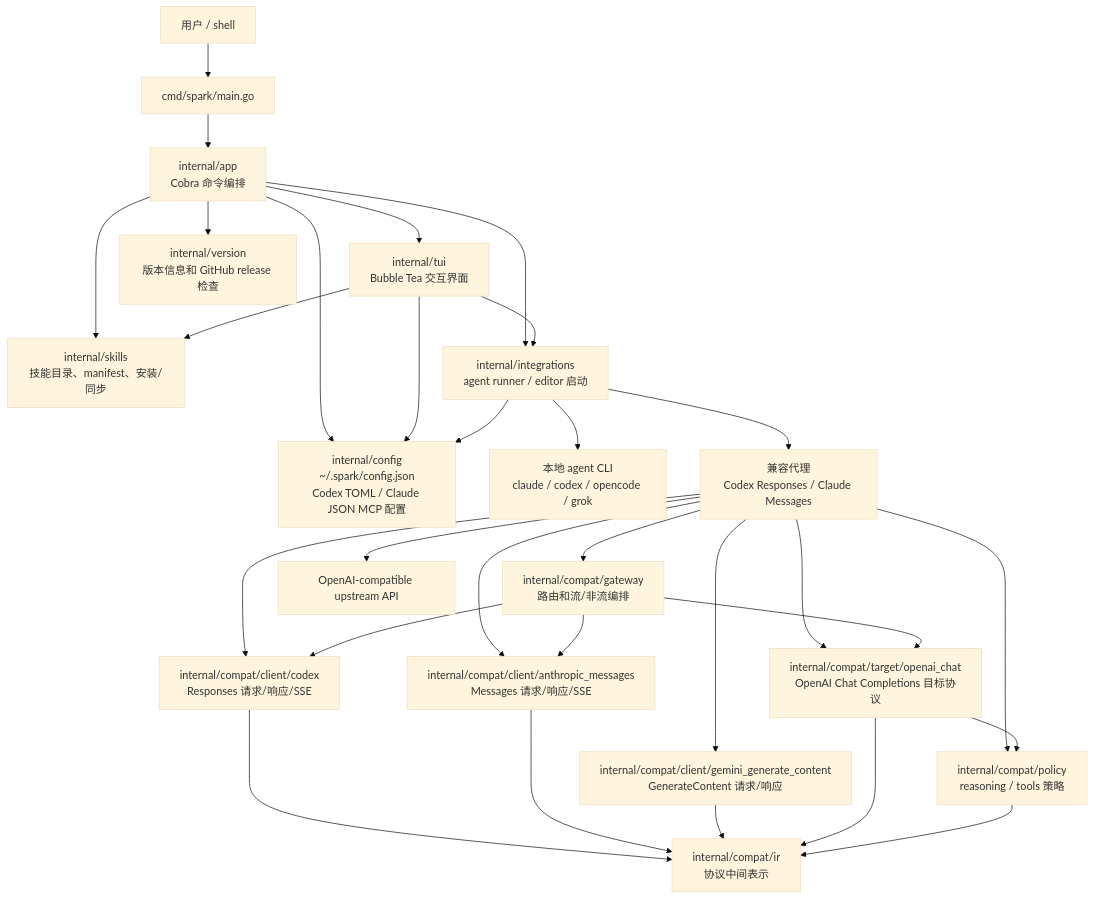
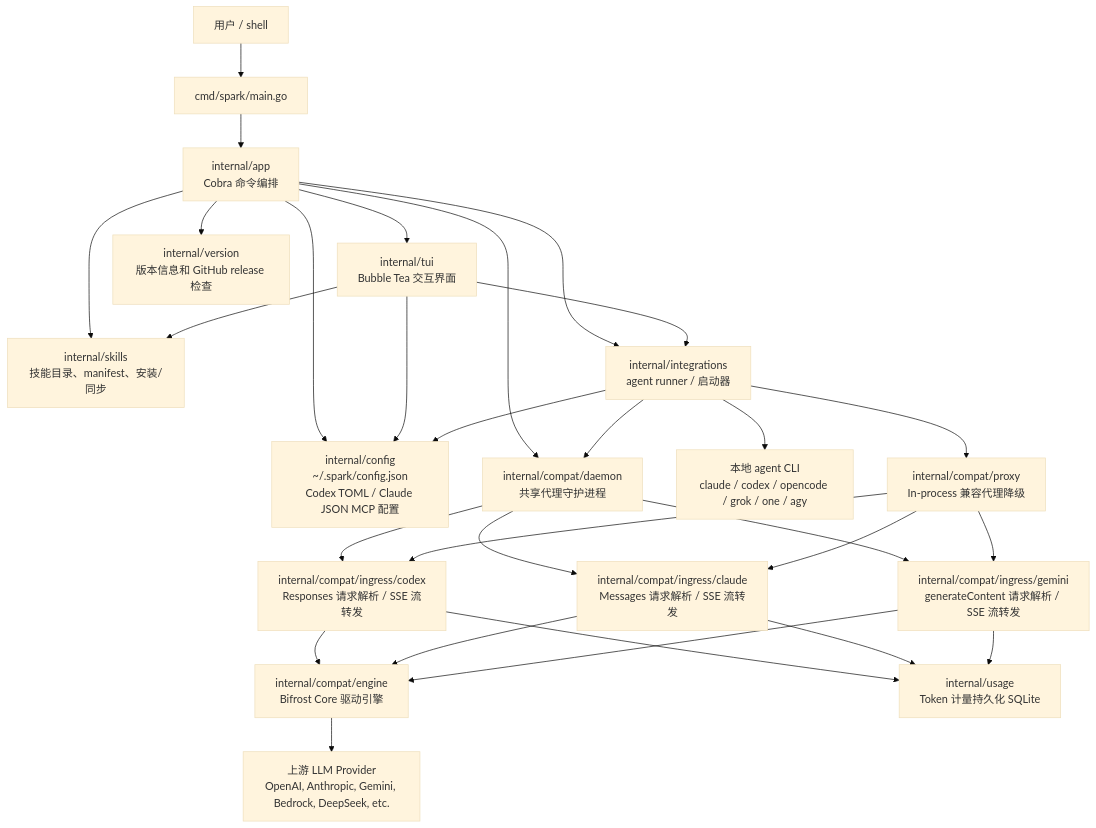
One commit to zhangsanfeng1094/spark changed the diagram in docs/internal-architecture.md. Above: the diagram before and after it, drawn with Mermaid (base theme). The commit also changed other lines of this file and 15 other files, not shown here.

````diff
--- a/docs/internal-architecture.md
+++ b/docs/internal-architecture.md
@@ -7,38 +7,38 @@
 ```mermaid
 flowchart TD
     User[用户 / shell] --> Main[cmd/spark/main.go]
     Main --> App[internal/app<br/>Cobra 命令编排]
 
     App --> TUI[internal/tui<br/>Bubble Tea 交互界面]
     App --> Config[internal/config<br/>~/.spark/config.json<br/>Codex TOML / Claude JSON MCP 配置]
     App --> Skills[internal/skills<br/>技能目录、manifest、安装/同步]
     App --> Version[internal/version<br/>版本信息和 GitHub release 检查]
-    App --> Integrations[internal/integrations<br/>agent runner / editor 启动]
+    App --> Integrations[internal/integrations<br/>agent runner / 启动器]
+    App --> Daemon[internal/compat/daemon<br/>共享代理守护进程]
 
     TUI --> Config
     TUI --> Integrations
     TUI --> Skills
 
     Integrations --> Config
-    Integrations --> LocalAgent[本地 agent CLI<br/>claude / codex / opencode / grok]
-    Integrations --> CompatProxy[兼容代理<br/>Codex Responses / Claude Messages]
+    Integrations --> LocalAgent[本地 agent CLI<br/>claude / codex / opencode / grok / one / agy]
+    Integrations --> Daemon
+    Integrations --> CompatProxy[internal/compat/proxy<br/>In-process 兼容代理降级]
 
-    CompatProxy --> ClientCodex[internal/compat/client/codex<br/>Responses 请求/响应/SSE]
-    CompatProxy --> ClientAnthropic[internal/compat/client/anthropic_messages<br/>Messages 请求/响应/SSE]
-    CompatProxy --> ClientGemini[internal/compat/client/gemini_generate_content<br/>GenerateContent 请求/响应]
-    CompatProxy --> Gateway[internal/compat/gateway<br/>路由和流/非流编排]
-    CompatProxy --> TargetOpenAI[internal/compat/target/openai_chat<br/>OpenAI Chat Completions 目标协议]
-    CompatProxy --> Policy[internal/compat/policy<br/>reasoning / tools 策略]
+    Daemon --> IngressCodex[internal/compat/ingress/codex<br/>Responses 请求解析 / SSE 流转发]
+    Daemon --> IngressClaude[internal/compat/ingress/claude<br/>Messages 请求解析 / SSE 流转发]
+    Daemon --> IngressGemini[internal/compat/ingress/gemini<br/>generateContent 请求解析 / SSE 流转发]
+    CompatProxy --> IngressCodex
+    CompatProxy --> IngressClaude
+    CompatProxy --> IngressGemini
 
-    ClientCodex --> IR[internal/compat/ir<br/>协议中间表示]
-    ClientAnthropic --> IR
-    ClientGemini --> IR
-    Gateway --> ClientCodex
-    Gateway --> ClientAnthropic
-    Gateway --> TargetOpenAI
-    TargetOpenAI --> IR
-    TargetOpenAI --> Policy
-    Policy --> IR
+    IngressCodex --> Engine[internal/compat/engine<br/>Bifrost Core 驱动引擎]
+    IngressClaude --> Engine
+    IngressGemini --> Engine
 
-    CompatProxy --> Upstream[OpenAI-compatible upstream API]
+    IngressCodex --> Usage[internal/usage<br/>Token 计量持久化 SQLite]
+    IngressClaude --> Usage
+    IngressGemini --> Usage
+
+    Engine --> Upstream[上游 LLM Provider<br/>OpenAI, Anthropic, Gemini, Bedrock, DeepSeek, etc.]
 ```
````
